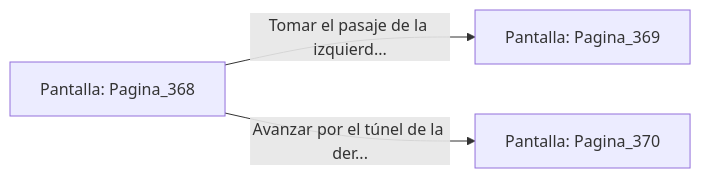
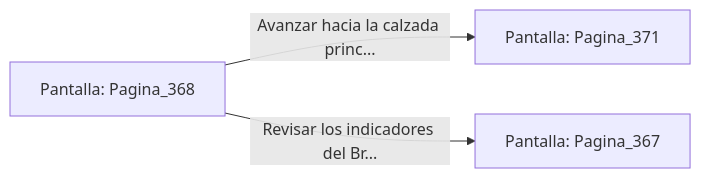
One commit to metsuke/mpl changed the diagram in sample/eligejuego-vault/Pantalla_Pagina_368.md. Above: the diagram before and after it, drawn with Mermaid. The commit also changed other lines of this file and 635 other files, not shown here.

First line of the commit message:
fix: añadir Pagina_1 como pantalla inicial en capitulo_01.mpl

````diff
--- a/sample/eligejuego-vault/Pantalla_Pagina_368.md
+++ b/sample/eligejuego-vault/Pantalla_Pagina_368.md
@@ -20,6 +22,6 @@
 ```mermaid
 graph LR
     P_Pagina_368["Pantalla: Pagina_368"]
-    P_Pagina_368 -->|"Tomar el pasaje de la izquierd..."| P_Pagina_369["Pantalla: Pagina_369"]
-    P_Pagina_368 -->|"Avanzar por el túnel de la der..."| P_Pagina_370["Pantalla: Pagina_370"]
+    P_Pagina_368 -->|"Avanzar hacia la calzada princ..."| P_Pagina_371["Pantalla: Pagina_371"]
+    P_Pagina_368 -->|"Revisar los indicadores del Br..."| P_Pagina_367["Pantalla: Pagina_367"]
 ```
````
